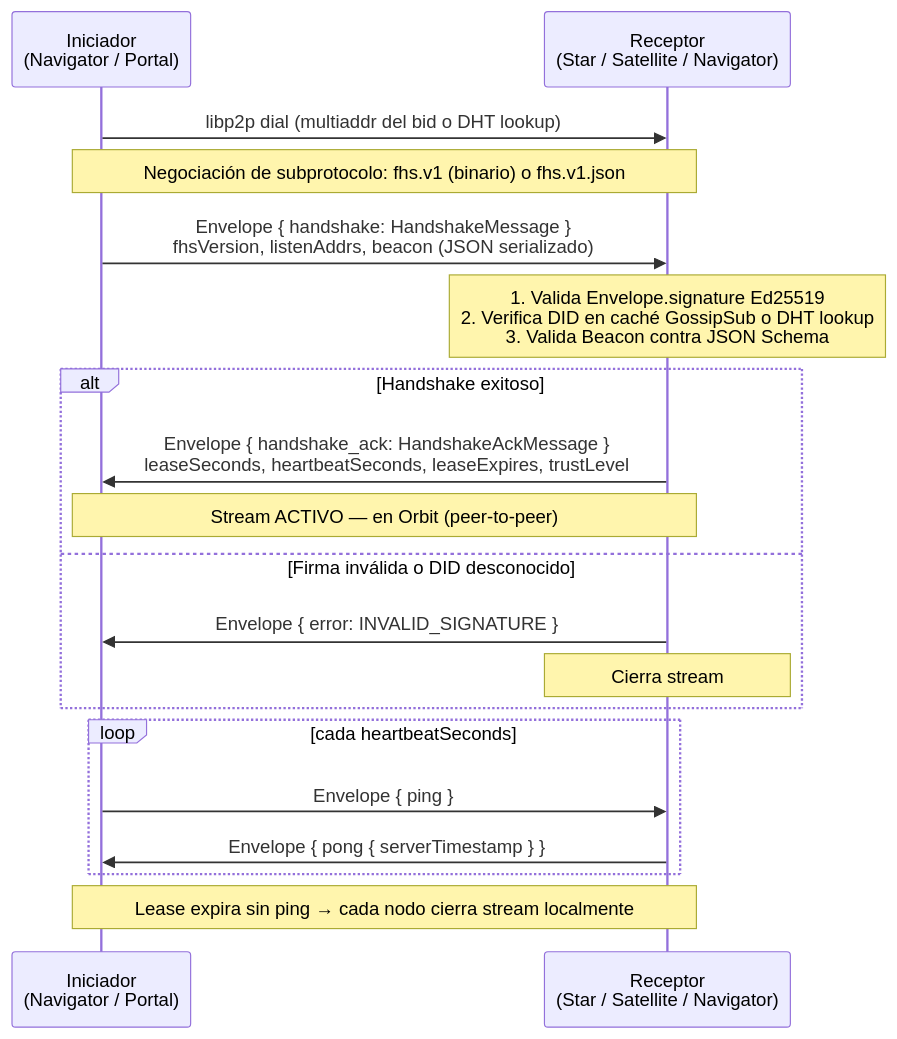
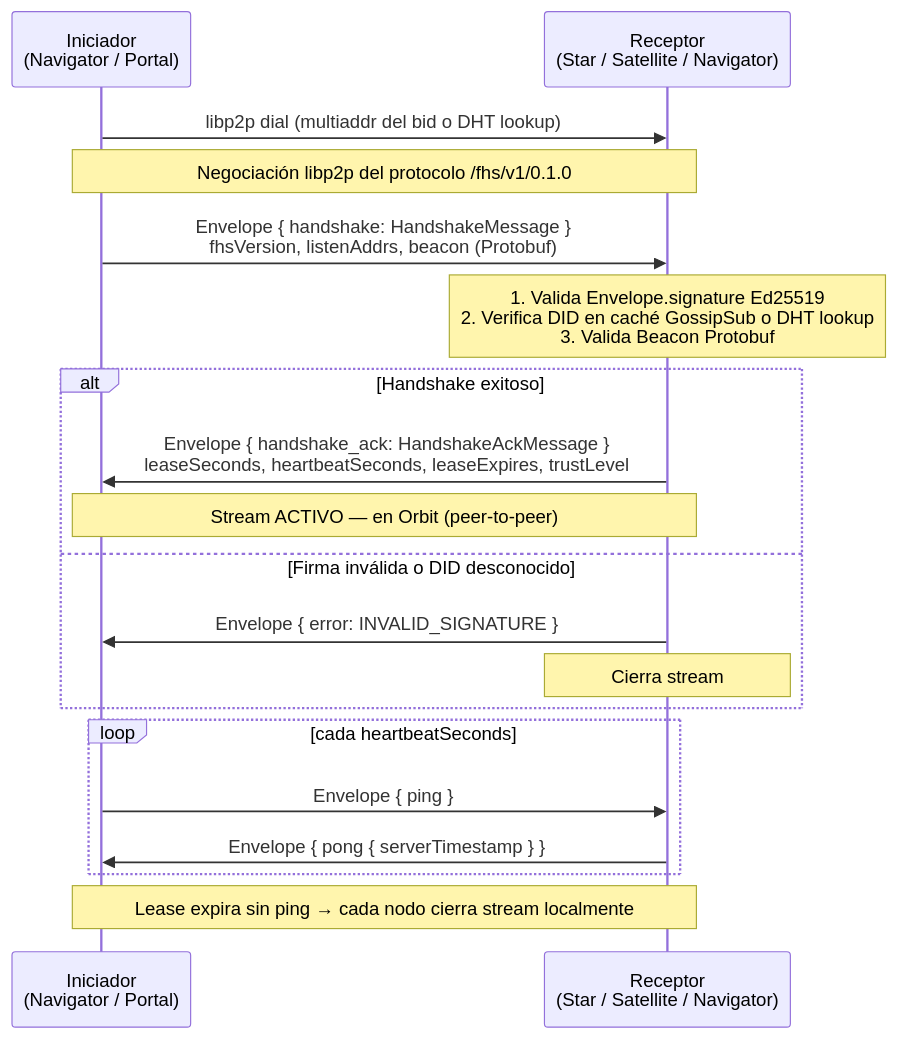
Before and after one commit to rafex/galaxIA: the fourth of 5 diagrams in idl/flows.md, drawn with Mermaid. The commit also changed other lines of this file and 32 other files, not shown here.

Commit message:
feat(protocol): enforce libp2p-only protobuf wire

````diff
--- a/idl/flows.md
+++ b/idl/flows.md
@@ -135,27 +135,27 @@
 ```mermaid
 sequenceDiagram
   participant I as Iniciador<br/>(Navigator / Portal)
   participant R as Receptor<br/>(Star / Satellite / Navigator)
 
   I->>R: libp2p dial (multiaddr del bid o DHT lookup)
-  note over I,R: Negociación de subprotocolo: fhs.v1 (binario) o fhs.v1.json
+  note over I,R: Negociación libp2p del protocolo /fhs/v1/0.1.0
 
-  I->>R: Envelope { handshake: HandshakeMessage }<br/>fhsVersion, listenAddrs, beacon (JSON serializado)
+  I->>R: Envelope { handshake: HandshakeMessage }<br/>fhsVersion, listenAddrs, beacon (Protobuf)
 
-  note over R: 1. Valida Envelope.signature Ed25519<br/>2. Verifica DID en caché GossipSub o DHT lookup<br/>3. Valida Beacon contra JSON Schema
+  note over R: 1. Valida Envelope.signature Ed25519<br/>2. Verifica DID en caché GossipSub o DHT lookup<br/>3. Valida Beacon Protobuf
 
   alt Handshake exitoso
     R->>I: Envelope { handshake_ack: HandshakeAckMessage }<br/>leaseSeconds, heartbeatSeconds, leaseExpires, trustLevel
     note over I,R: Stream ACTIVO — en Orbit (peer-to-peer)
   else Firma inválida o DID desconocido
     R->>I: Envelope { error: INVALID_SIGNATURE }
     note over R: Cierra stream
   end
 
   loop cada heartbeatSeconds
     I->>R: Envelope { ping }
     R->>I: Envelope { pong { serverTimestamp } }
   end
 
   note over I,R: Lease expira sin ping → cada nodo cierra stream localmente
 ```
````
